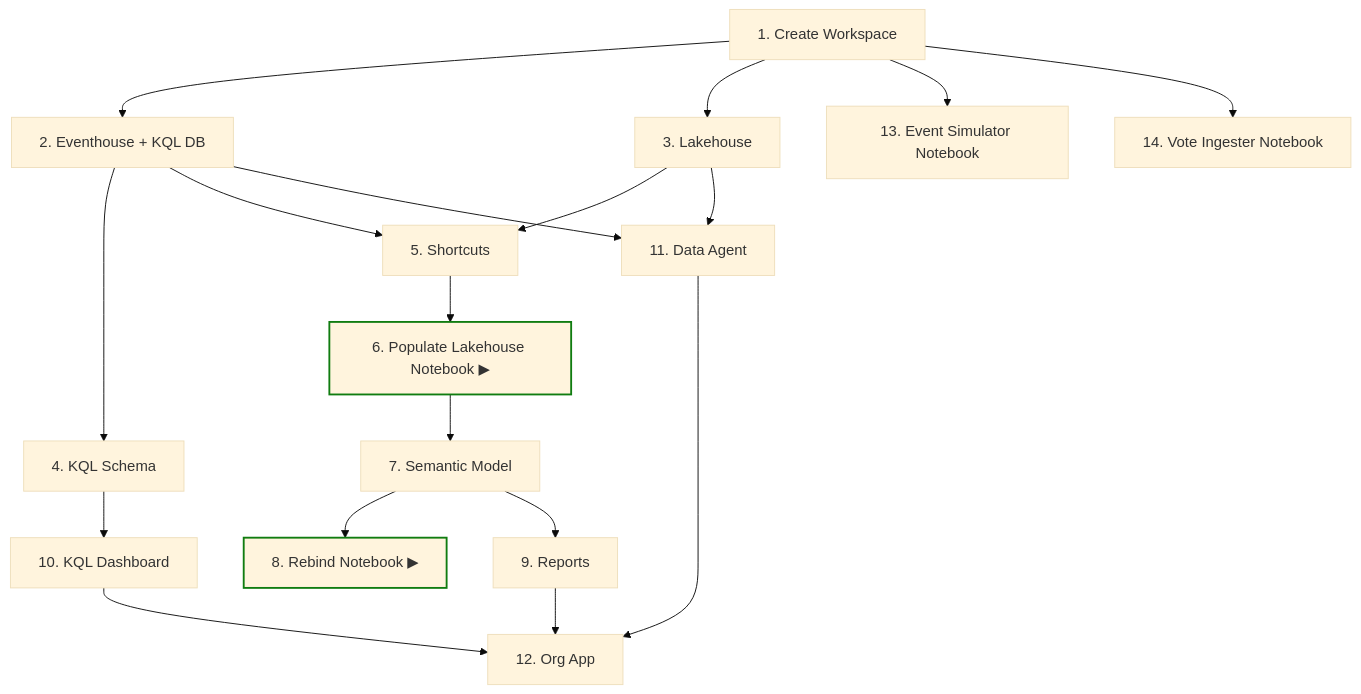
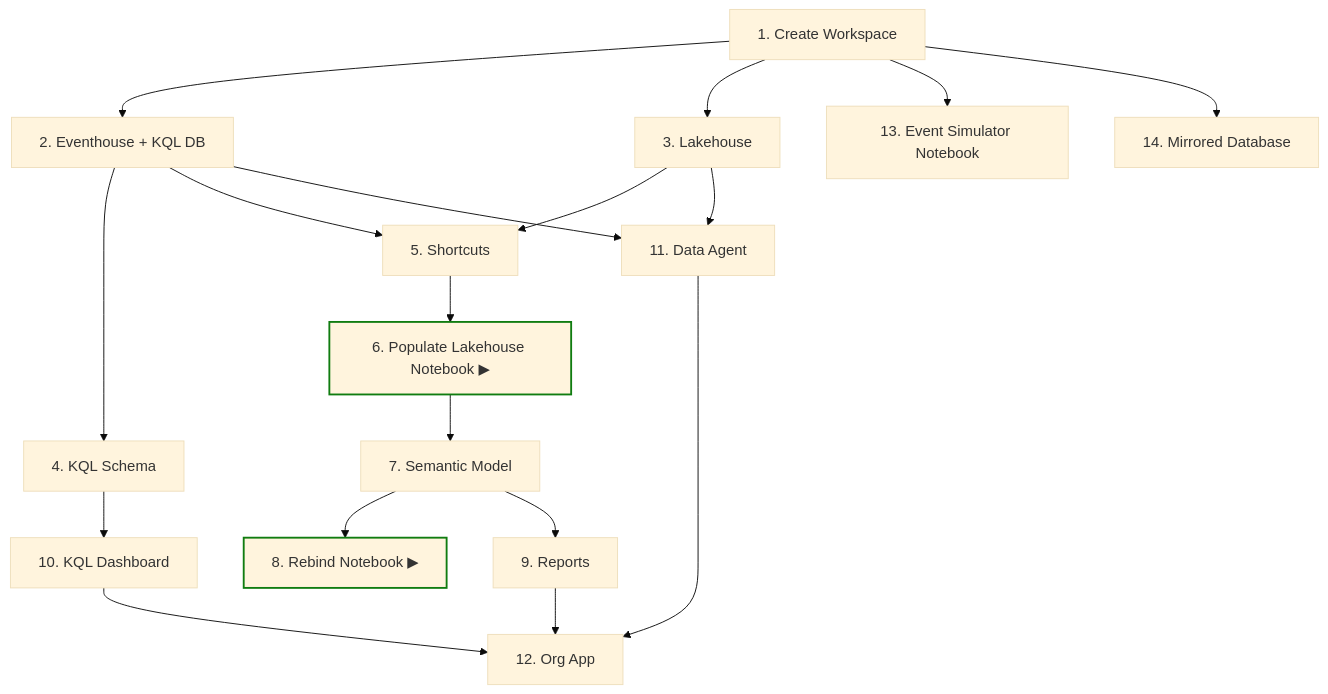
Before and after one commit to MitchSS/FabricMystery: the second of 2 diagrams in README.md, drawn with Mermaid (base theme). The commit also changed other lines of this file and 3 other files, not shown here.

First line of the commit message:
Replace Vote Ingester with Open Mirroring approach

````diff
--- a/README.md
+++ b/README.md
@@ -145,23 +148,23 @@
 ```mermaid
 flowchart TD
     A[1. Create Workspace] --> B[2. Eventhouse + KQL DB]
     A --> C[3. Lakehouse]
     B --> D[4. KQL Schema]
     B --> E[5. Shortcuts]
     C --> E
     E --> F[6. Populate Lakehouse Notebook ▶]
     F --> G[7. Semantic Model]
     G --> H[8. Rebind Notebook ▶]
     G --> I[9. Reports]
     D --> J[10. KQL Dashboard]
     B --> K[11. Data Agent]
     C --> K
     I --> L[12. Org App]
     J --> L
     K --> L
     A --> M[13. Event Simulator Notebook]
-    A --> N[14. Vote Ingester Notebook]
+    A --> N[14. Mirrored Database]
 
     style F stroke:#107C10,stroke-width:2px
     style H stroke:#107C10,stroke-width:2px
 ```
````
